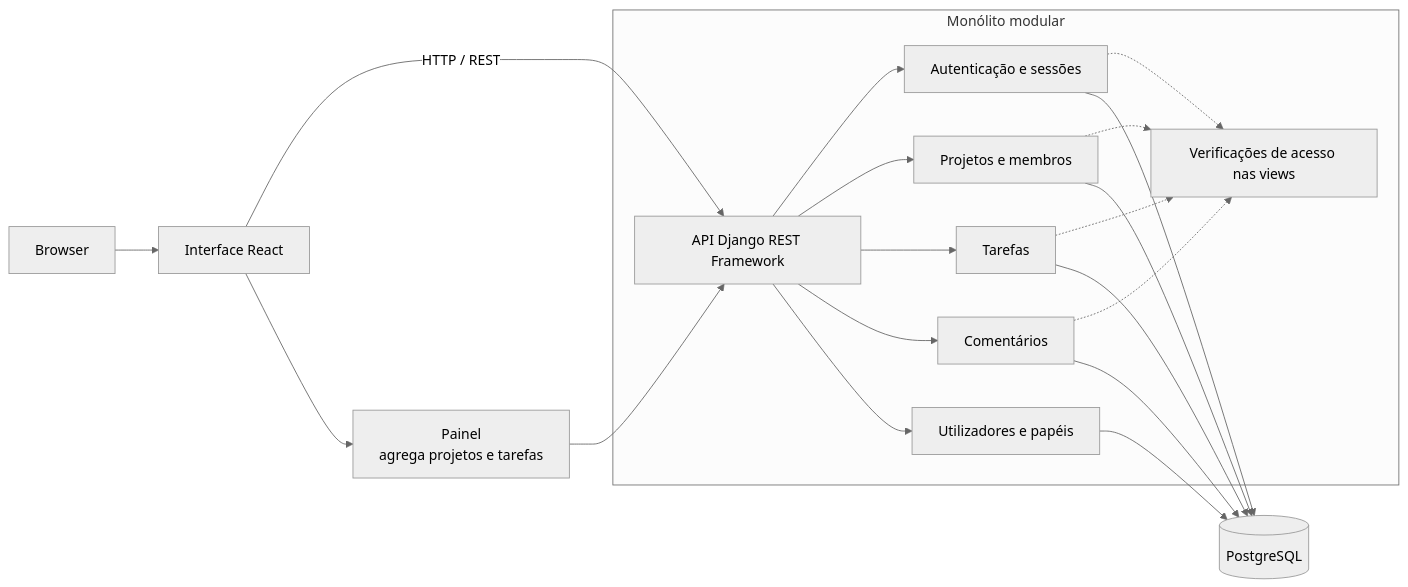
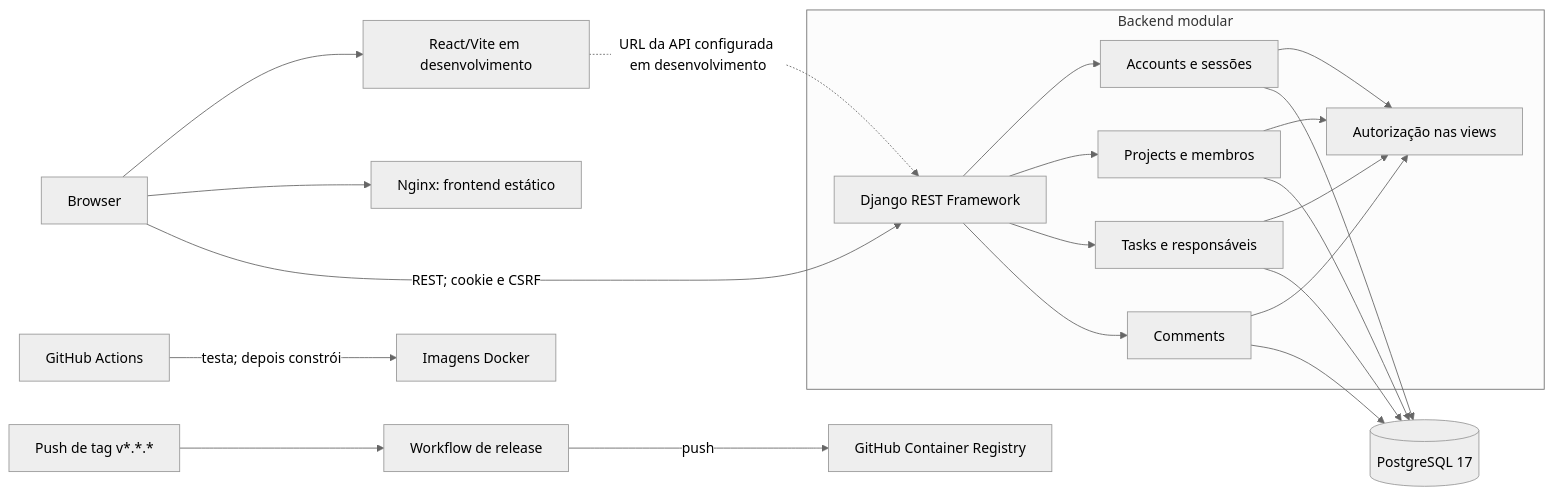
Before and after one commit to simcampos/matriz---project-manager: the diagram in docs/architecture.md, drawn with Mermaid (neutral theme). The commit also changed other lines of this file and 4 other files, not shown here.

````diff
--- a/docs/architecture.md
+++ b/docs/architecture.md
@@ -37,23 +20,24 @@
 ```mermaid
 flowchart LR
-    B[Browser] --> WEB[Interface React]
-    WEB -->|HTTP / REST| A[API Django REST Framework]
-    WEB --> DSH[Painel<br/>agrega projetos e tarefas]
-    subgraph M[Monólito modular]
-        A --> AUTH[Autenticação e sessões]
-        A --> PRJ[Projetos e membros]
-        A --> TSK[Tarefas]
-        A --> CMT[Comentários]
-        A --> ACC[Utilizadores e papéis]
-        AUTH -.-> AZ[Verificações de acesso nas views]
-        PRJ -.-> AZ
-        TSK -.-> AZ
-        CMT -.-> AZ
+    B[Browser] --> FE[React/Vite em desenvolvimento]
+    B --> NG[Nginx: frontend estático]
+    B -->|REST; cookie e CSRF| API[Django REST Framework]
+    FE -. URL da API configurada em desenvolvimento .-> API
+    subgraph Backend modular
+        API --> ACC[Accounts e sessões]
+        API --> PRJ[Projects e membros]
+        API --> TSK[Tasks e responsáveis]
+        API --> CMT[Comments]
+        ACC --> AUTH[Autorização nas views]
+        PRJ --> AUTH
+        TSK --> AUTH
+        CMT --> AUTH
     end
-    AUTH --> DB[(PostgreSQL)]
-    ACC --> DB
+    ACC --> DB[(PostgreSQL 17)]
     PRJ --> DB
     TSK --> DB
     CMT --> DB
-    DSH --> A
+    GH[GitHub Actions] -->|testa; depois constrói| IMG[Imagens Docker]
+    TAG[Push de tag v*.*.*] --> REL[Workflow de release]
+    REL -->|push| GHCR[GitHub Container Registry]
 ```
````
